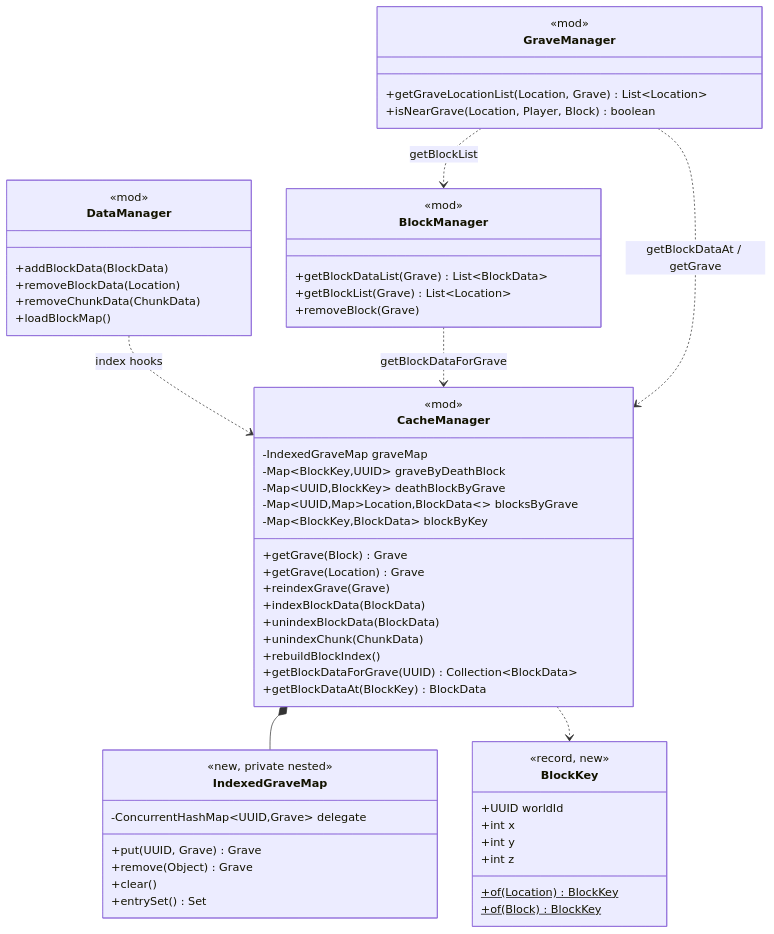
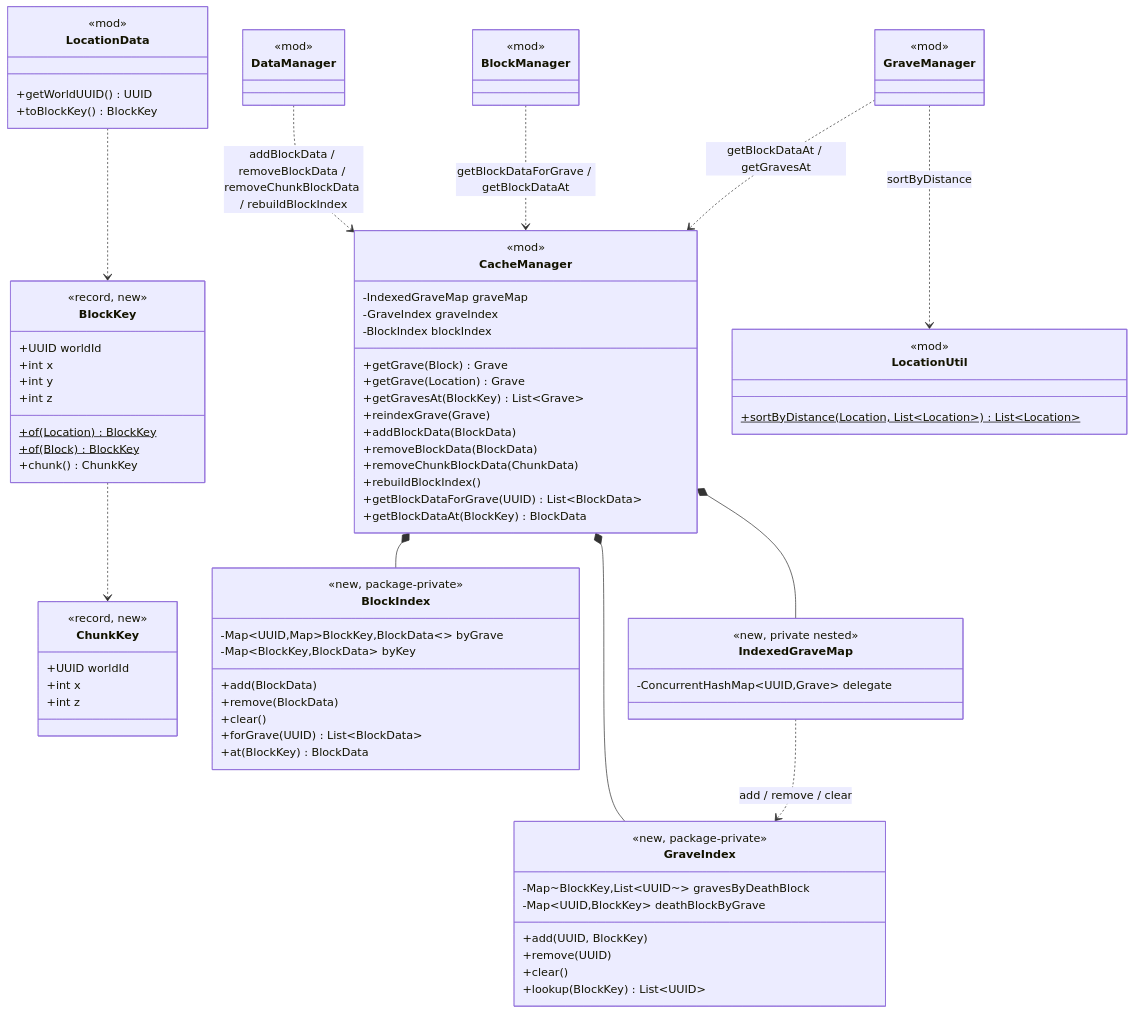
The first of 3 diagrams in docs/lld/performance/phase-1-main-thread-stall-remediation.md (DiamondDagger590/gravesx), drawn with Mermaid before and after one commit. The commit also changed other lines of this file, not shown here.

````diff
--- a/docs/lld/performance/phase-1-main-thread-stall-remediation.md
+++ b/docs/lld/performance/phase-1-main-thread-stall-remediation.md
@@ -118,60 +124,87 @@
         +int z
         +of(Location) BlockKey$
         +of(Block) BlockKey$
+        +chunk() ChunkKey
+    }
+
+    class ChunkKey {
+        <<record, new>>
+        +UUID worldId
+        +int x
+        +int z
+    }
+
+    class LocationData {
+        <<mod>>
+        +getWorldUUID() UUID
+        +toBlockKey() BlockKey
+    }
+
+    class GraveIndex {
+        <<new, package-private>>
+        -Map~BlockKey,List~UUID~~ gravesByDeathBlock
+        -Map~UUID,BlockKey~ deathBlockByGrave
+        +add(UUID, BlockKey)
+        +remove(UUID)
+        +clear()
+        +lookup(BlockKey) List~UUID~
+    }
+
+    class BlockIndex {
+        <<new, package-private>>
+        -Map~UUID,Map~BlockKey,BlockData~~ byGrave
+        -Map~BlockKey,BlockData~ byKey
+        +add(BlockData)
+        +remove(BlockData)
+        +clear()
+        +forGrave(UUID) List~BlockData~
+        +at(BlockKey) BlockData
     }
 
     class CacheManager {
         <<mod>>
         -IndexedGraveMap graveMap
-        -Map~BlockKey,UUID~ graveByDeathBlock
-        -Map~UUID,BlockKey~ deathBlockByGrave
-        -Map~UUID,Map~Location,BlockData~~ blocksByGrave
-        -Map~BlockKey,BlockData~ blockByKey
+        -GraveIndex graveIndex
+        -BlockIndex blockIndex
         +getGrave(Block) Grave
         +getGrave(Location) Grave
+        +getGravesAt(BlockKey) List~Grave~
         +reindexGrave(Grave)
-        +indexBlockData(BlockData)
-        +unindexBlockData(BlockData)
-        +unindexChunk(ChunkData)
+        +addBlockData(BlockData)
+        +removeBlockData(BlockData)
+        +removeChunkBlockData(ChunkData)
         +rebuildBlockIndex()
-        +getBlockDataForGrave(UUID) Collection~BlockData~
+        +getBlockDataForGrave(UUID) List~BlockData~
         +getBlockDataAt(BlockKey) BlockData
     }
 
     class IndexedGraveMap {
         <<new, private nested>>
         -ConcurrentHashMap~UUID,Grave~ delegate
-        +put(UUID, Grave) Grave
-        +remove(Object) Grave
-        +clear()
-        +entrySet() Set
     }
 
     class DataManager {
         <<mod>>
-        +addBlockData(BlockData)
-        +removeBlockData(Location)
-        +removeChunkData(ChunkData)
-        +loadBlockMap()
+    }
+    class BlockManager {
+        <<mod>>
+    }
+    class GraveManager {
+        <<mod>>
+    }
+    class LocationUtil {
+        <<mod>>
+        +sortByDistance(Location, List~Location~) List~Location~$
     }
 
-    class BlockManager {
-        <<mod>>
-        +getBlockDataList(Grave) List~BlockData~
-        +getBlockList(Grave) List~Location~
-        +removeBlock(Grave)
-    }
-
-    class GraveManager {
-        <<mod>>
-        +getGraveLocationList(Location, Grave) List~Location~
-        +isNearGrave(Location, Player, Block) boolean
-    }
-
+    BlockKey ..> ChunkKey
+    LocationData ..> BlockKey
     CacheManager *-- IndexedGraveMap
-    CacheManager ..> BlockKey
-    DataManager ..> CacheManager : index hooks
-    BlockManager ..> CacheManager : getBlockDataForGrave
-    GraveManager ..> CacheManager : getBlockDataAt / getGrave
-    GraveManager ..> BlockManager : getBlockList
+    CacheManager *-- GraveIndex
+    CacheManager *-- BlockIndex
+    IndexedGraveMap ..> GraveIndex : add / remove / clear
+    DataManager ..> CacheManager : addBlockData / removeBlockData / removeChunkBlockData / rebuildBlockIndex
+    BlockManager ..> CacheManager : getBlockDataForGrave / getBlockDataAt
+    GraveManager ..> CacheManager : getBlockDataAt / getGravesAt
+    GraveManager ..> LocationUtil : sortByDistance
 ```
````
